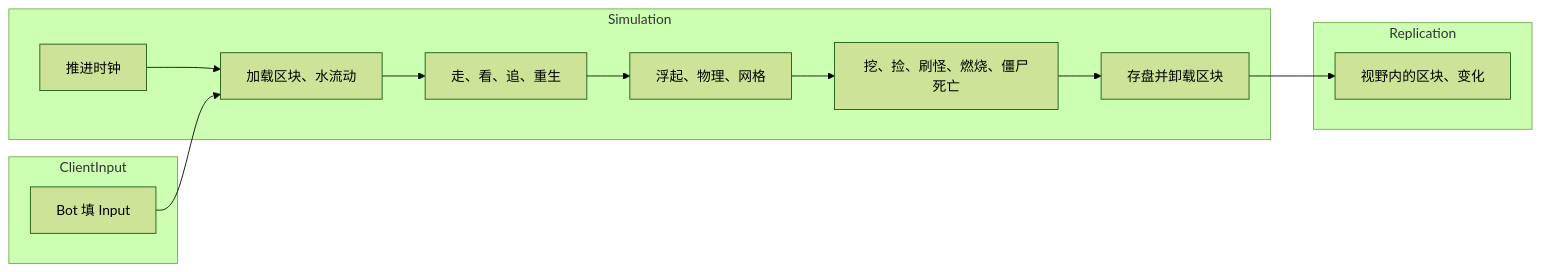
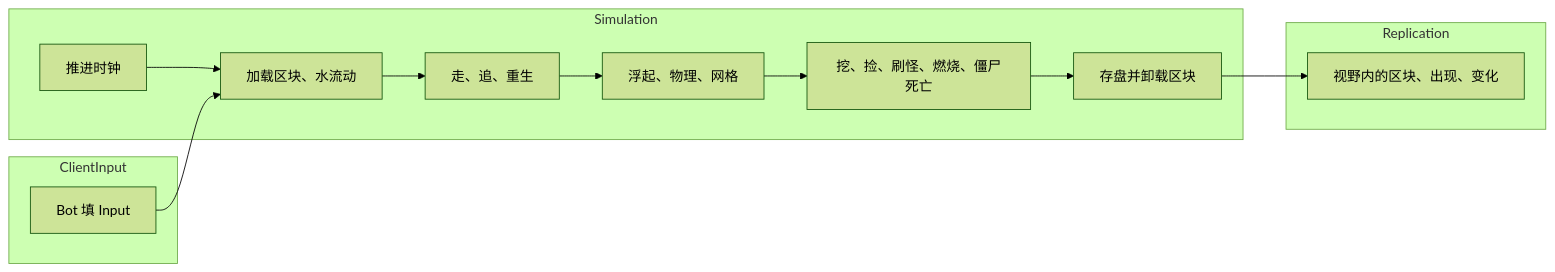
Before and after one commit to JasonXuDeveloper/EasyEcs: the diagram in docs/content/samples/voxel-server.zh.mdx, drawn with Mermaid (forest theme). The commit also changed other lines of this file and 2 other files, not shown here.

````diff
--- a/docs/content/samples/voxel-server.zh.mdx
+++ b/docs/content/samples/voxel-server.zh.mdx
@@ -54,18 +53,18 @@
 ```mermaid
 flowchart LR
   subgraph ClientInput
     input[Bot 填 Input]
   end
   subgraph Simulation
     clock[推进时钟] --> world[加载区块、水流动]
-    world --> sight[走、看、追、重生]
+    world --> sight[走、追、重生]
     sight --> move[浮起、物理、网格]
     move --> rules[挖、捡、刷怪、燃烧、僵尸死亡]
     rules --> unload[存盘并卸载区块]
   end
   subgraph Replication
-    send[视野内的区块、变化]
+    send[视野内的区块、出现、变化]
   end
   input --> world
   unload --> send
 ```
````
